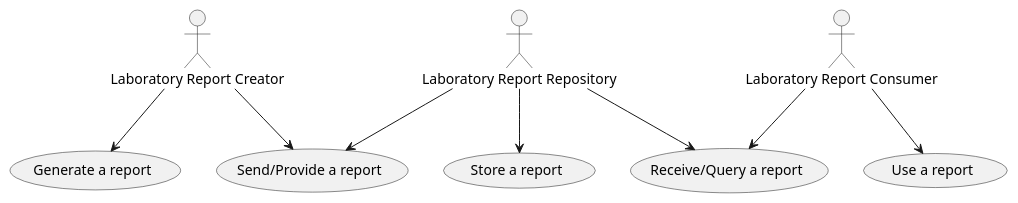
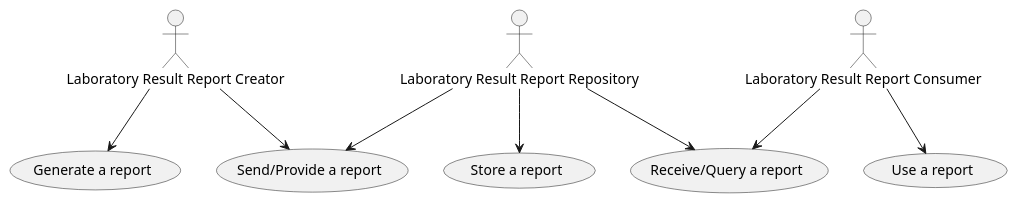
The diagram in input/images-source/actors.plantuml (hl7-eu/laboratory), drawn with PlantUML before and after one commit.

```diff
--- a/input/images-source/actors.plantuml
+++ b/input/images-source/actors.plantuml
@@ -1,19 +1,19 @@
 @startuml
-"Laboratory Report Creator" as creator
-"Laboratory Report Repository" as repos
-"Laboratory Report Consumer" as consumer
+"Laboratory Result Report Creator" as creator
+"Laboratory Result Report Repository" as repos
+"Laboratory Result Report Consumer" as consumer
 "Generate a report" as (create)
 "Store a report" as (store)
 "Use a report" as (use)
 
 "Send/Provide a report" as (send)
 "Receive/Query a report" as (receive)
 
 creator --> (create)
 creator --> (send)
 consumer --> (use)
 consumer --> (receive)
 repos --> (store)
 repos --> (send)
 repos --> (receive)
 @enduml
```
